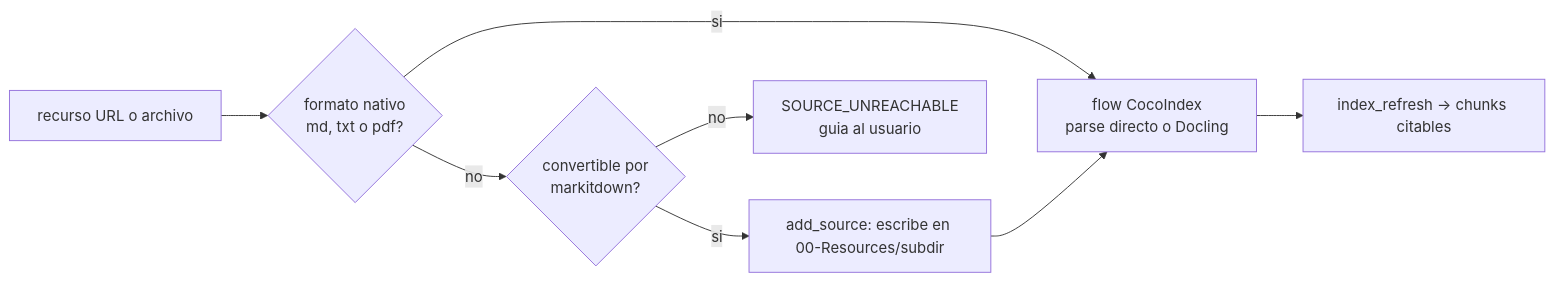
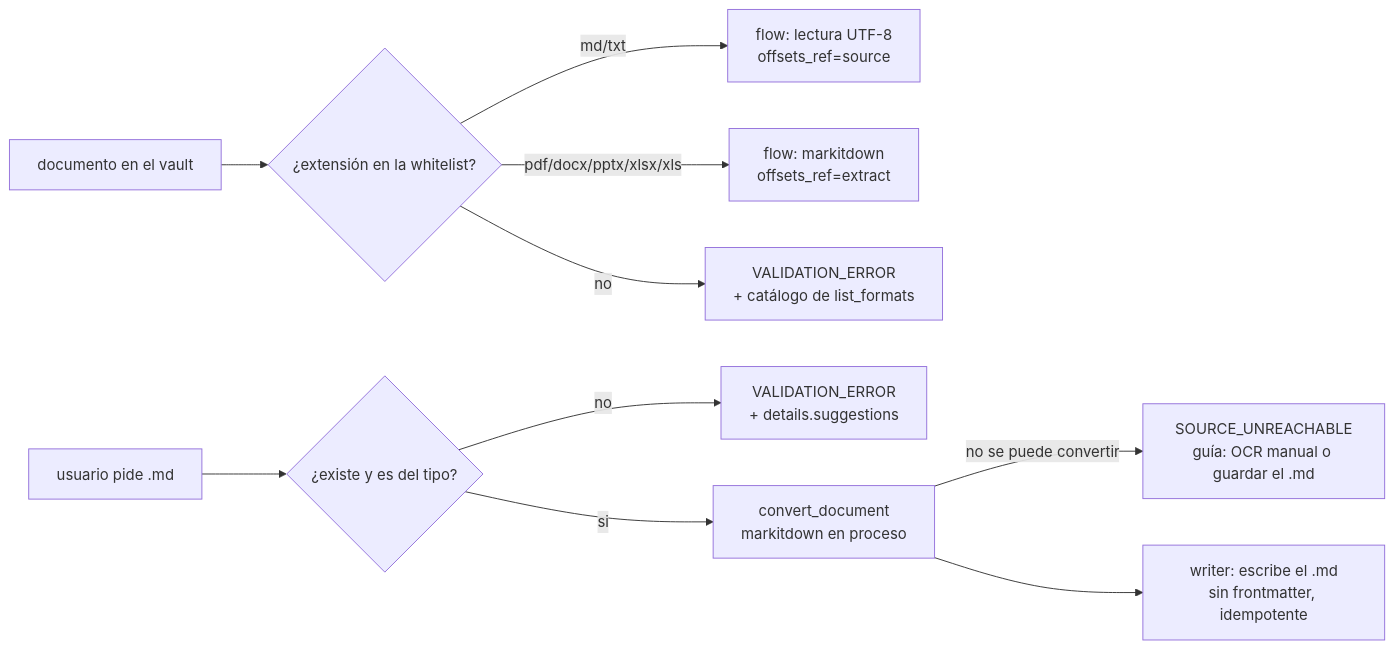
Before and after one commit to Fisherk2/tepochcalli-opencode: the diagram in specs/spec-markitdown.md, drawn with Mermaid. The commit also changed other lines of this file and 11 other files, not shown here.

````diff
--- a/specs/spec-markitdown.md
+++ b/specs/spec-markitdown.md
@@ -82,10 +99,12 @@
 ```mermaid
 flowchart LR
-    A["recurso URL o archivo"] --> B{"formato nativo<br/>md, txt o pdf?"}
-    B -- si --> C["flow CocoIndex<br/>parse directo o Docling"]
-    B -- no --> D{"convertible por<br/>markitdown?"}
-    D -- si --> E["add_source: escribe en 00-Resources/subdir"]
-    E --> C
-    D -- no --> F["SOURCE_UNREACHABLE<br/>guia al usuario"]
-    C --> G["index_refresh -> chunks citables"]
+    A["documento en el vault"] --> B{"¿extensión en la whitelist?"}
+    B -- "md/txt" --> C["flow: lectura UTF-8<br/>offsets_ref=source"]
+    B -- "pdf/docx/pptx/xlsx/xls" --> D["flow: markitdown<br/>offsets_ref=extract"]
+    B -- no --> E["VALIDATION_ERROR<br/>+ catálogo de list_formats"]
+    F["usuario pide .md"] --> G{"¿existe y es del tipo?"}
+    G -- no --> H["VALIDATION_ERROR<br/>+ details.suggestions"]
+    G -- si --> I["convert_document<br/>markitdown en proceso"]
+    I -- "no se puede convertir" --> J["SOURCE_UNREACHABLE<br/>guía: OCR manual o guardar el .md"]
+    I --> K["writer: escribe el .md<br/>sin frontmatter, idempotente"]
 ```
````
